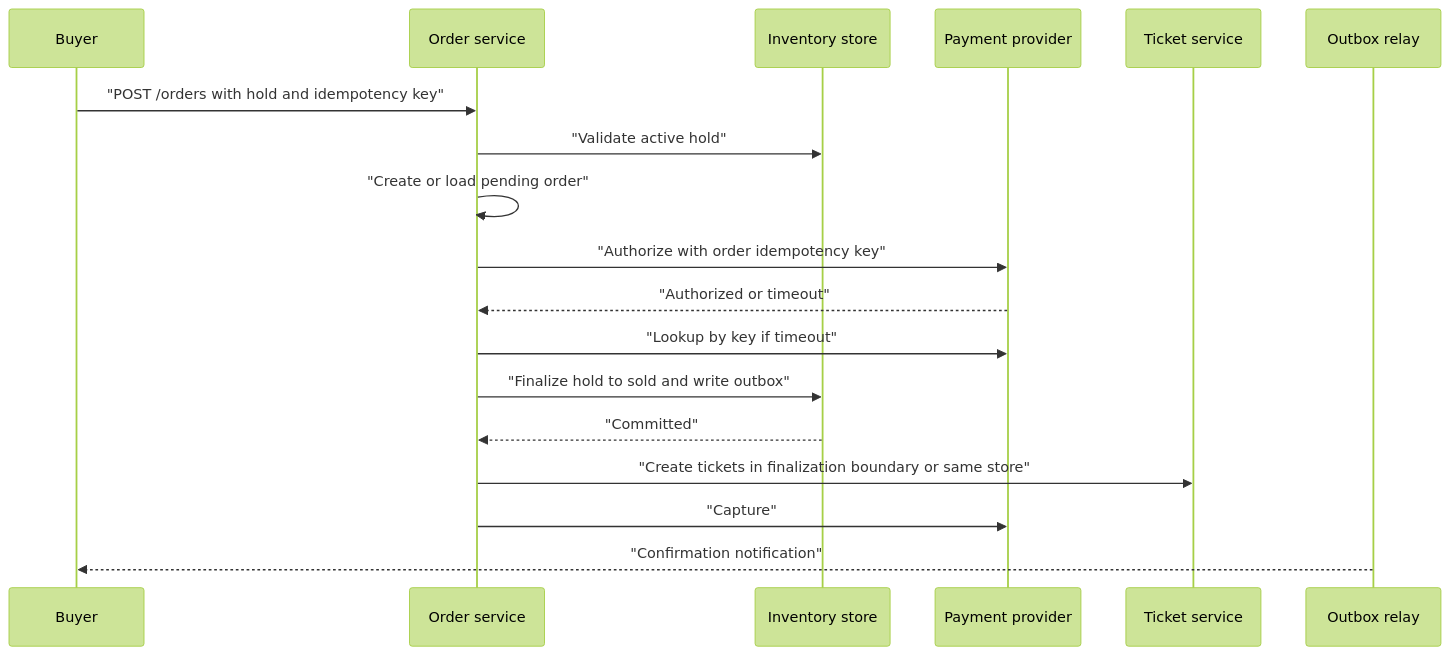
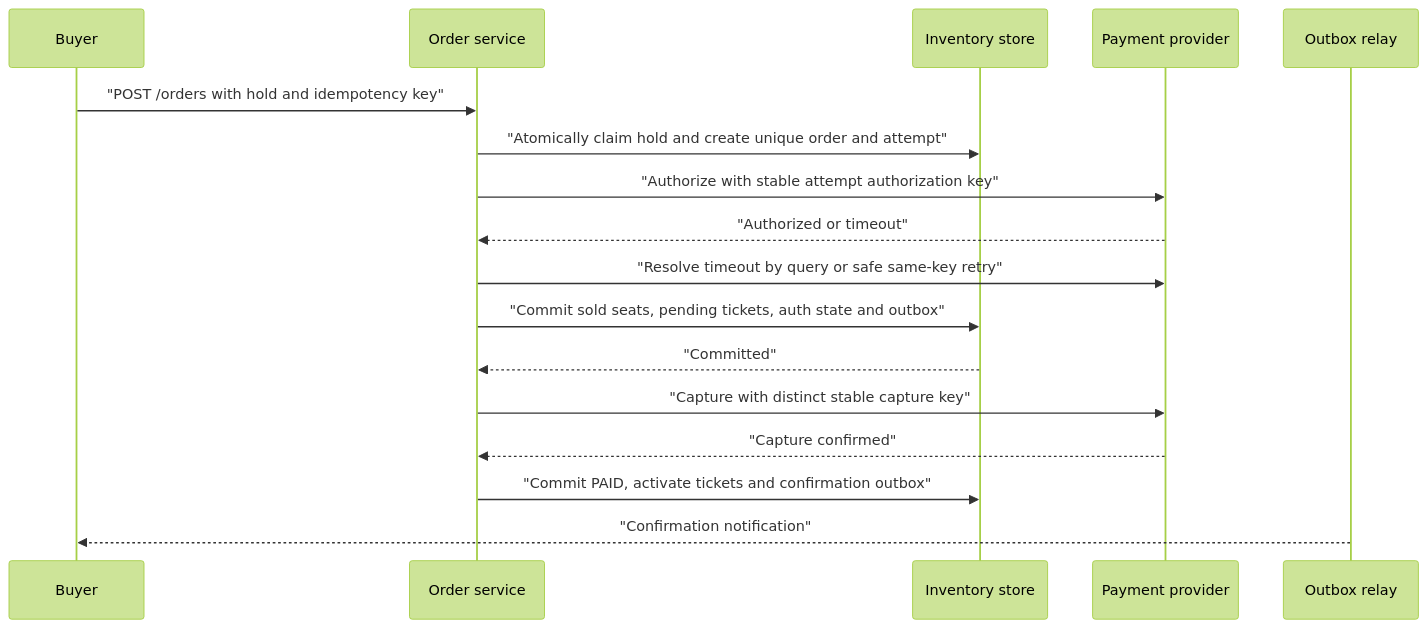
The fifth of 5 diagrams in ticketmaster-system-design.md (Pranshu258/system-design), drawn with Mermaid (forest theme) before and after one commit. The commit also changed other lines of this file and 23 other files, not shown here.

````diff
--- a/ticketmaster-system-design.md
+++ b/ticketmaster-system-design.md
@@ -281,20 +284,19 @@
 ```mermaid
 sequenceDiagram
     participant Buyer
     participant Order as Order service
     participant Inv as Inventory store
     participant PSP as Payment provider
-    participant Ticket as Ticket service
     participant Outbox as Outbox relay
     Buyer->>Order: "POST /orders with hold and idempotency key"
-    Order->>Inv: "Validate active hold"
-    Order->>Order: "Create or load pending order"
-    Order->>PSP: "Authorize with order idempotency key"
+    Order->>Inv: "Atomically claim hold and create unique order and attempt"
+    Order->>PSP: "Authorize with stable attempt authorization key"
     PSP-->>Order: "Authorized or timeout"
-    Order->>PSP: "Lookup by key if timeout"
-    Order->>Inv: "Finalize hold to sold and write outbox"
+    Order->>PSP: "Resolve timeout by query or safe same-key retry"
+    Order->>Inv: "Commit sold seats, pending tickets, auth state and outbox"
     Inv-->>Order: "Committed"
-    Order->>Ticket: "Create tickets in finalization boundary or same store"
-    Order->>PSP: "Capture"
+    Order->>PSP: "Capture with distinct stable capture key"
+    PSP-->>Order: "Capture confirmed"
+    Order->>Inv: "Commit PAID, activate tickets and confirmation outbox"
     Outbox-->>Buyer: "Confirmation notification"
 ```
````
